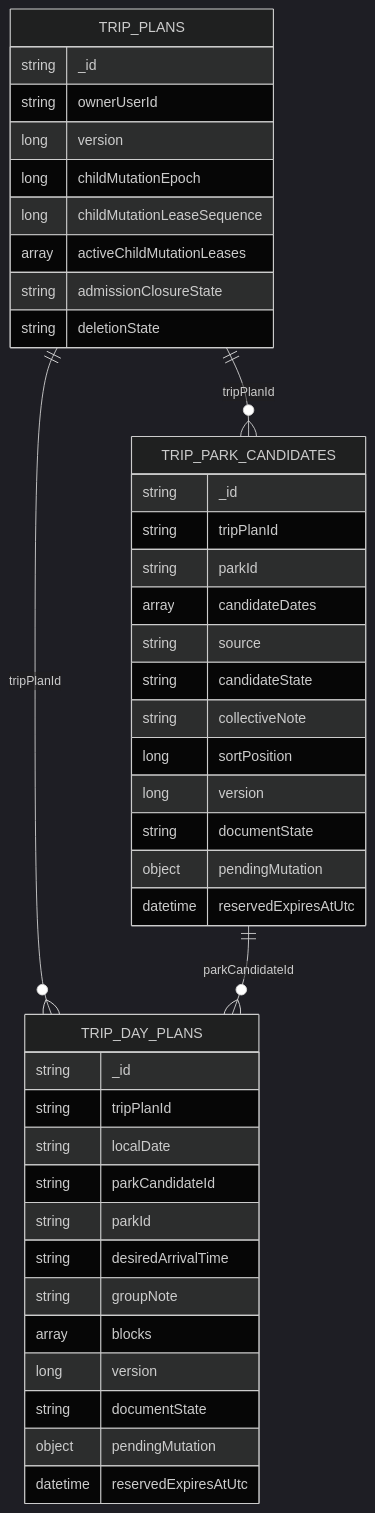
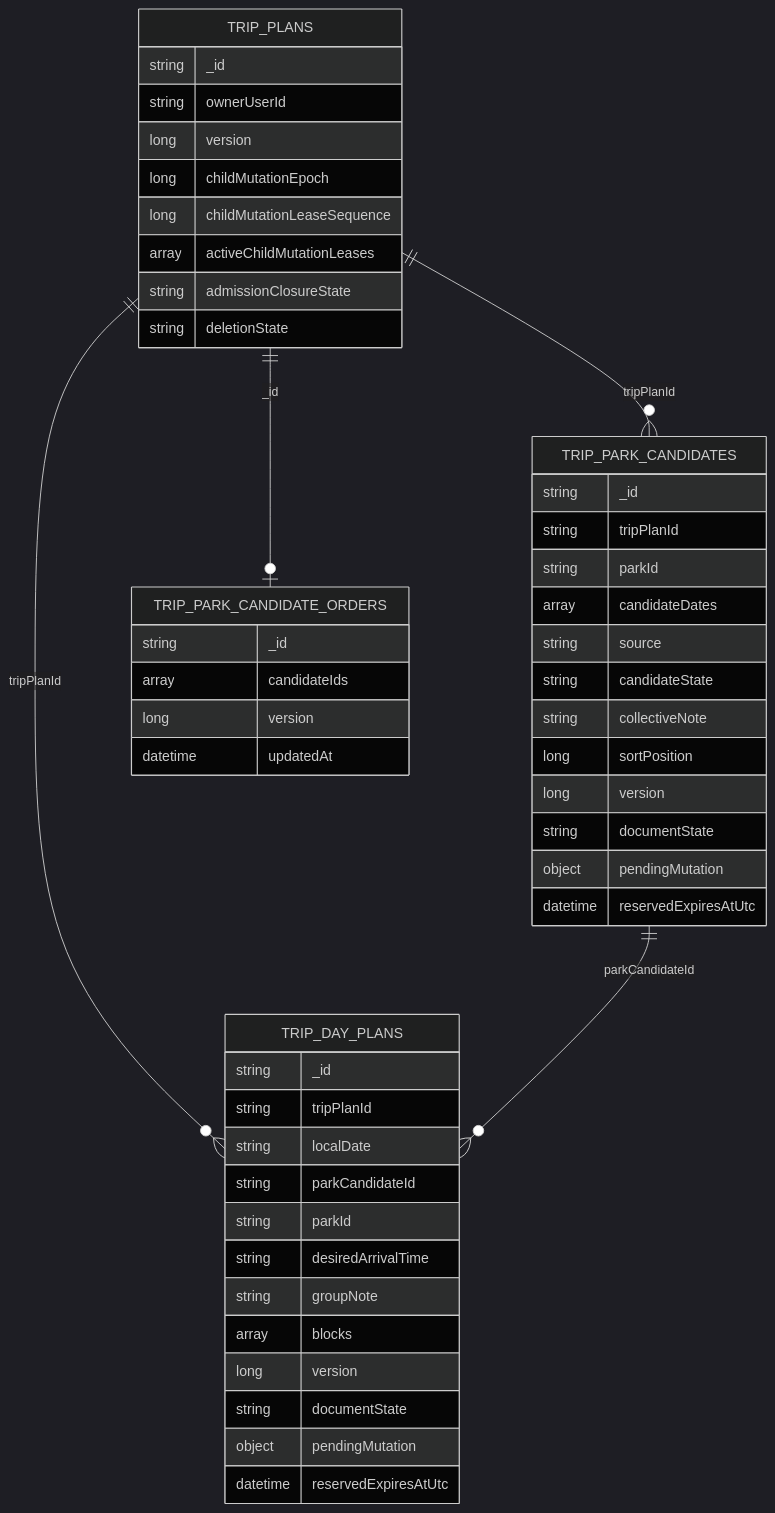
The second of 4 diagrams in docs/architecture/product-growth-trip-03-candidates-days-2026-09-17.md (Ced59/AmusementParkProject), drawn with Mermaid (dark theme) before and after one commit. The commit also changed other lines of this file and 27 other files, not shown here.

````diff
--- a/docs/architecture/product-growth-trip-03-candidates-days-2026-09-17.md
+++ b/docs/architecture/product-growth-trip-03-candidates-days-2026-09-17.md
@@ -93,45 +93,52 @@
 ```mermaid
 erDiagram
     TRIP_PLANS ||--o{ TRIP_PARK_CANDIDATES : tripPlanId
+    TRIP_PLANS ||--o| TRIP_PARK_CANDIDATE_ORDERS : _id
     TRIP_PLANS ||--o{ TRIP_DAY_PLANS : tripPlanId
     TRIP_PARK_CANDIDATES ||--o{ TRIP_DAY_PLANS : parkCandidateId
 
     TRIP_PLANS {
       string _id
       string ownerUserId
       long version
       long childMutationEpoch
       long childMutationLeaseSequence
       array activeChildMutationLeases
       string admissionClosureState
       string deletionState
     }
     TRIP_PARK_CANDIDATES {
       string _id
       string tripPlanId
       string parkId
       array candidateDates
       string source
       string candidateState
       string collectiveNote
       long sortPosition
       long version
       string documentState
       object pendingMutation
       datetime reservedExpiresAtUtc
     }
+    TRIP_PARK_CANDIDATE_ORDERS {
+      string _id
+      array candidateIds
+      long version
+      datetime updatedAt
+    }
     TRIP_DAY_PLANS {
       string _id
       string tripPlanId
       string localDate
       string parkCandidateId
       string parkId
       string desiredArrivalTime
       string groupNote
       array blocks
       long version
       string documentState
       object pendingMutation
       datetime reservedExpiresAtUtc
     }
 ```
````
